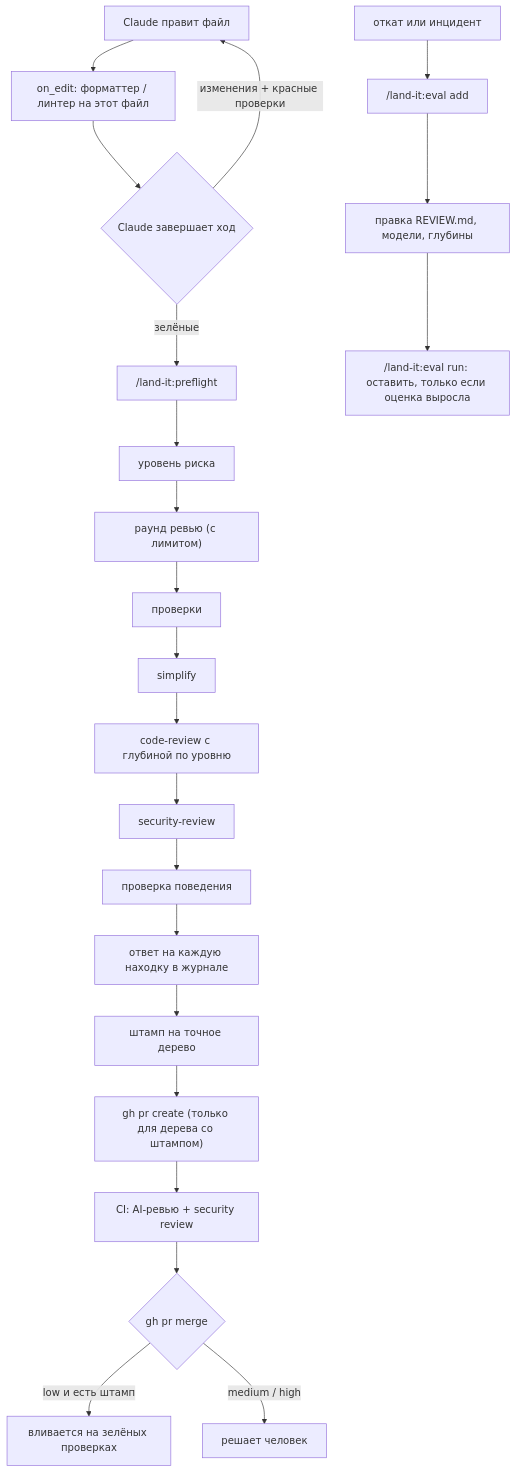
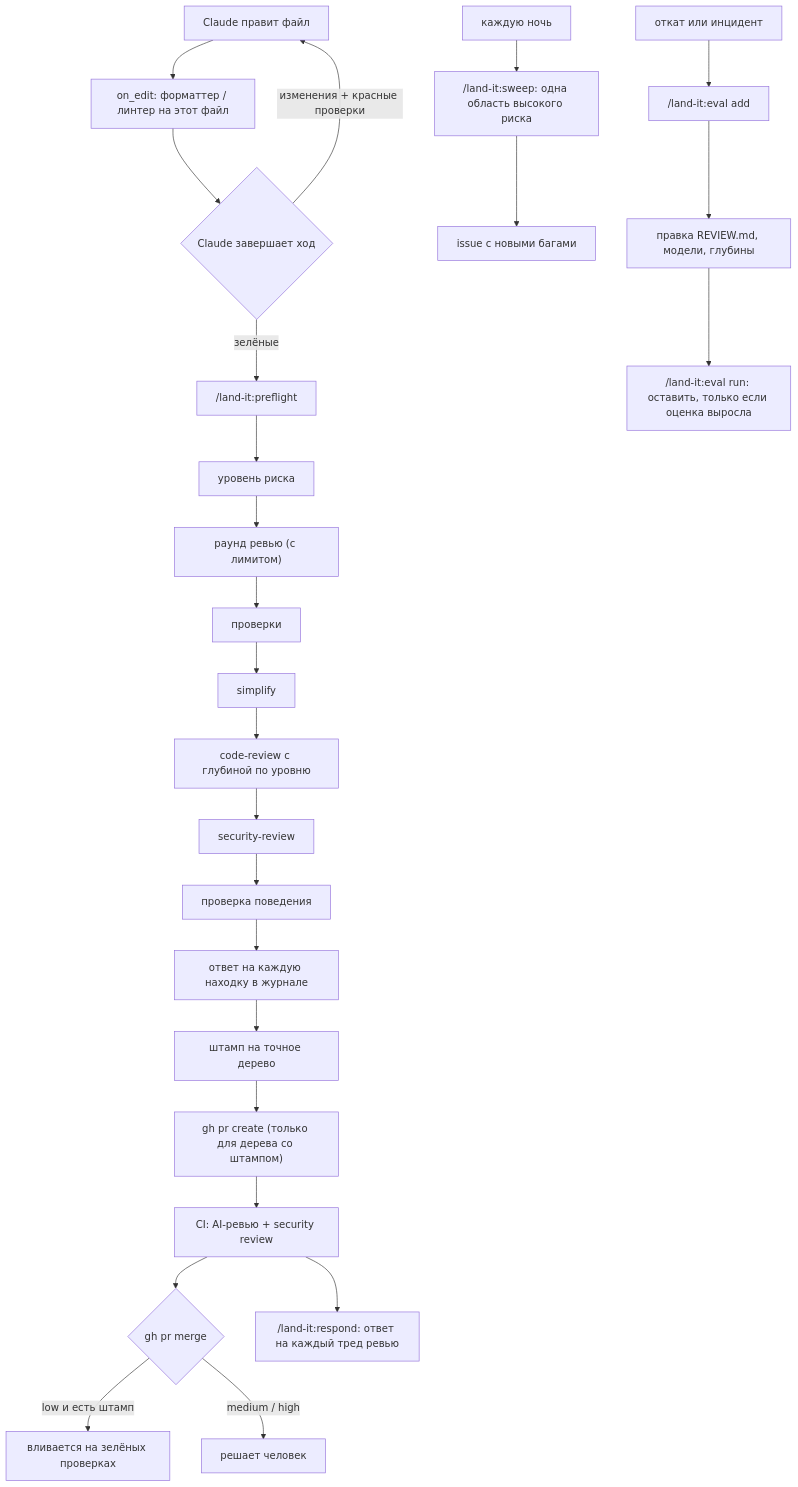
Before and after one commit to FunFactoryDev/land-it: the diagram in README.ru.md, drawn with Mermaid. The commit also changed other lines of this file and 11 other files, not shown here.

First line of the commit message:
land-it 0.6.0: answer PR review threads, nightly sweep, eval scan

````diff
--- a/README.ru.md
+++ b/README.ru.md
@@ -51,17 +51,19 @@
 ```mermaid
 flowchart TD
     A["Claude правит файл"] --> B["on_edit: форматтер / линтер на этот файл"]
     B --> C{"Claude завершает ход"}
     C -- "изменения + красные проверки" --> A
     C -- "зелёные" --> D["/land-it:preflight"]
     D --> D1["уровень риска"] --> D2["раунд ревью (с лимитом)"] --> D3["проверки"] --> D4["simplify"]
     D4 --> D5["code-review с глубиной по уровню"] --> D6["security-review"] --> D7["проверка поведения"]
     D7 --> D8["ответ на каждую находку в журнале"] --> D9["штамп на точное дерево"]
     D9 --> E["gh pr create (только для дерева со штампом)"]
     E --> F["CI: AI-ревью + security review"]
     F --> G{"gh pr merge"}
     G -- "low и есть штамп" --> H["вливается на зелёных проверках"]
     G -- "medium / high" --> I["решает человек"]
+    F --> R["/land-it:respond: ответ на каждый тред ревью"]
+    N["каждую ночь"] --> S["/land-it:sweep: одна область высокого риска"] --> T["issue с новыми багами"]
     J["откат или инцидент"] --> K["/land-it:eval add"] --> L["правка REVIEW.md, модели, глубины"]
     L --> M["/land-it:eval run: оставить, только если оценка выросла"]
 ```
````
